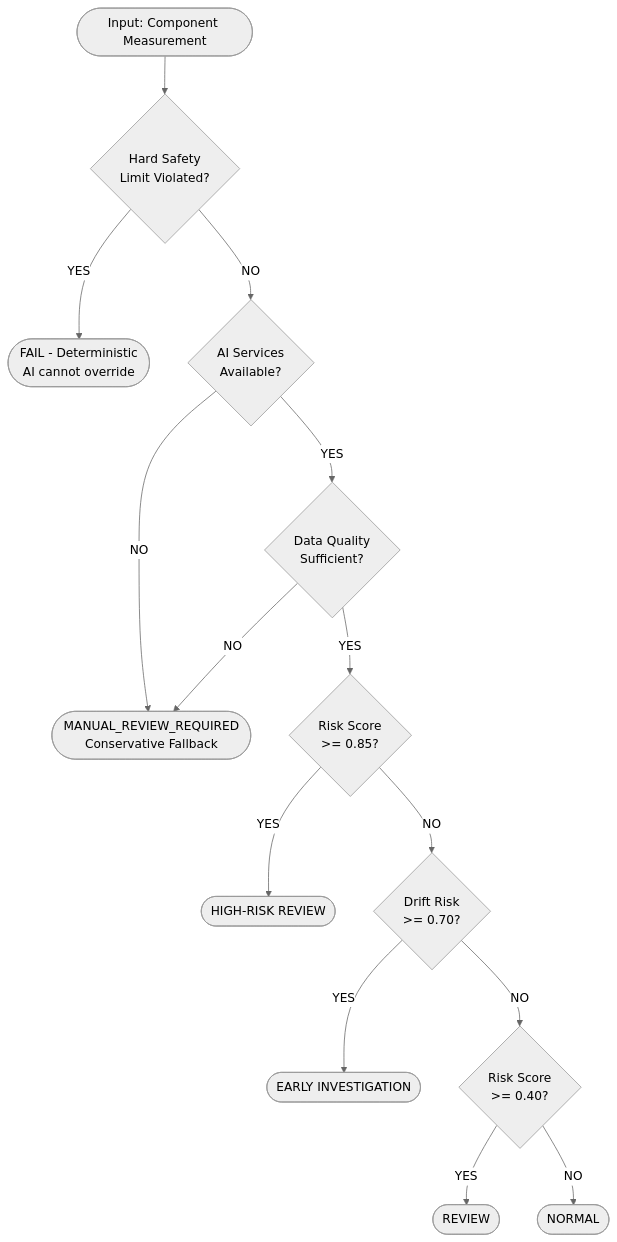
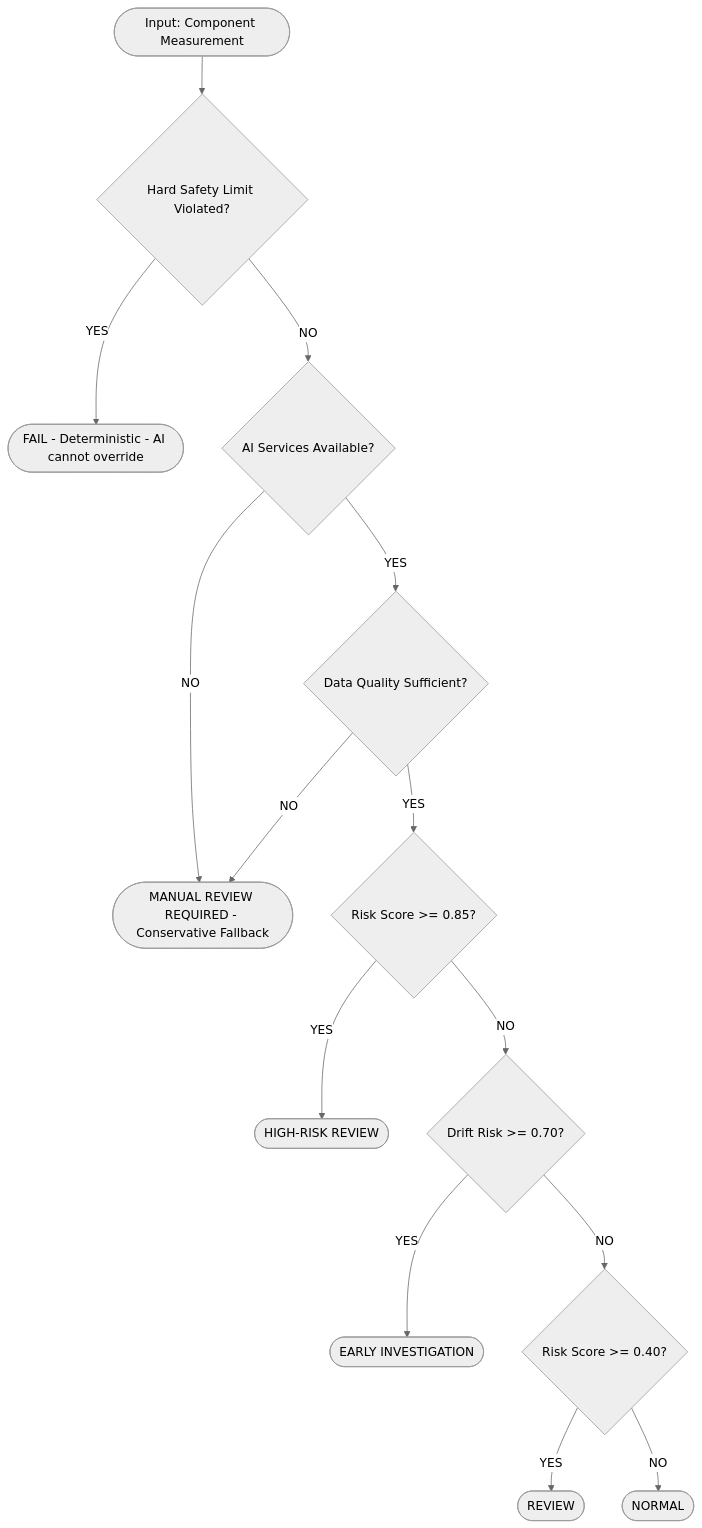
One commit to ankushkumar14092-dot/sih_170 changed the fifth of 20 diagrams in DOCUMENTATION.md. Above: the diagram before and after it, drawn with Mermaid (neutral theme). The commit also changed other lines of this file, not shown here.

Commit message:
Add 20 Mermaid architecture diagrams to DOCUMENTATION.md

````diff
--- a/DOCUMENTATION.md
+++ b/DOCUMENTATION.md
@@ -1990,16 +2052,16 @@
 ```mermaid
 flowchart TD
-    START([Input: Component Measurement]) --> HSR{Hard Safety\nLimit Violated?}
-    HSR --> |YES| FAIL([FAIL - Deterministic\nAI cannot override])
-    HSR --> |NO| AI_OK{AI Services\nAvailable?}
-    AI_OK --> |NO| MRR([MANUAL_REVIEW_REQUIRED\nConservative Fallback])
-    AI_OK --> |YES| DQ{Data Quality\nSufficient?}
-    DQ --> |NO| MRR
-    DQ --> |YES| RS{Risk Score\n>= 0.85?}
-    RS --> |YES| HRR([HIGH-RISK REVIEW])
-    RS --> |NO| DR{Drift Risk\n>= 0.70?}
-    DR --> |YES| EI([EARLY INVESTIGATION])
-    DR --> |NO| MS{Risk Score\n>= 0.40?}
-    MS --> |YES| REV([REVIEW])
-    MS --> |NO| NRM([NORMAL])
+    START([Input: Component Measurement]) --> HSR{Hard Safety Limit Violated?}
+    HSR -->|YES| FAIL([FAIL - Deterministic - AI cannot override])
+    HSR -->|NO| AI_OK{AI Services Available?}
+    AI_OK -->|NO| MRR([MANUAL REVIEW REQUIRED - Conservative Fallback])
+    AI_OK -->|YES| DQ{Data Quality Sufficient?}
+    DQ -->|NO| MRR
+    DQ -->|YES| RS{Risk Score >= 0.85?}
+    RS -->|YES| HRR([HIGH-RISK REVIEW])
+    RS -->|NO| DR{Drift Risk >= 0.70?}
+    DR -->|YES| EI([EARLY INVESTIGATION])
+    DR -->|NO| MS{Risk Score >= 0.40?}
+    MS -->|YES| REV([REVIEW])
+    MS -->|NO| NRM([NORMAL])
 ```
````
